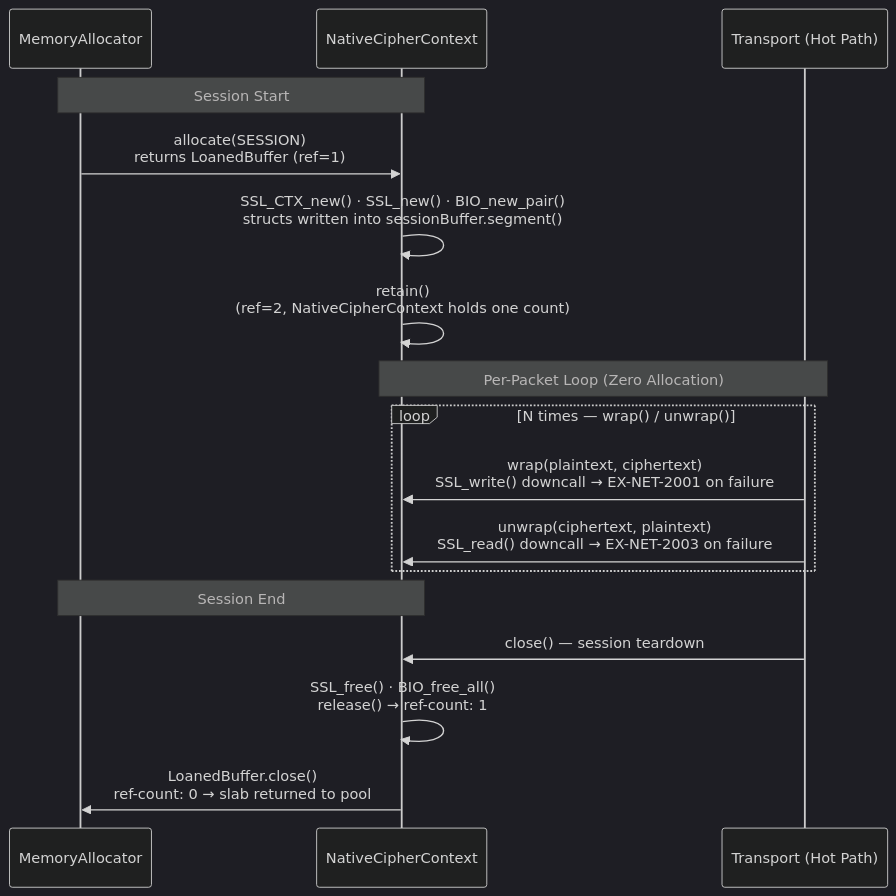
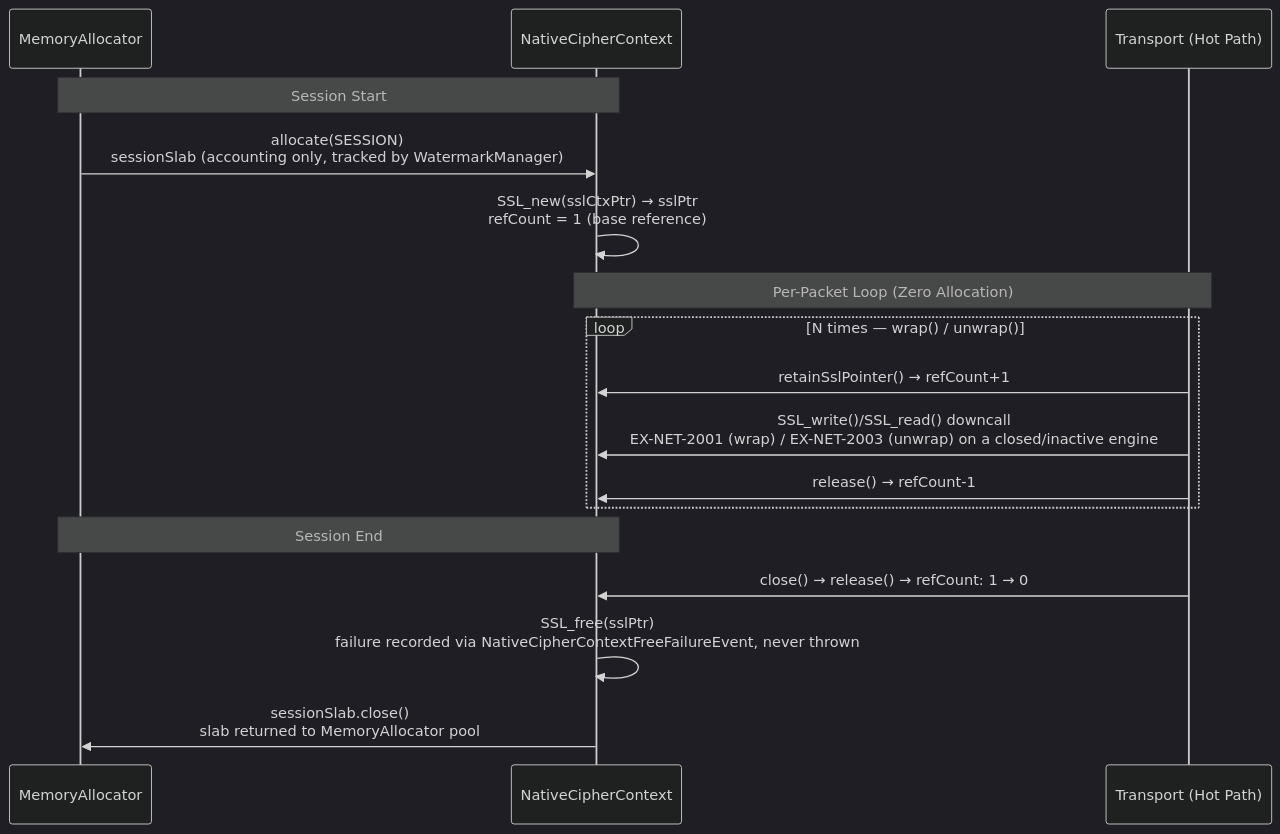
Before and after one commit to exeris-systems/exeris-kernel: the diagram in docs/subsystems/crypto.md, drawn with Mermaid (dark theme). The commit also changed other lines of this file and 43 other files, not shown here.

````diff
--- a/docs/subsystems/crypto.md
+++ b/docs/subsystems/crypto.md
@@ -163,22 +230,22 @@
 ```mermaid
 sequenceDiagram
     participant Alloc as MemoryAllocator
     participant NCC as NativeCipherContext
     participant Trans as Transport (Hot Path)
 
     Note over Alloc,NCC: Session Start
-    Alloc->>NCC: allocate(SESSION)<br/>returns LoanedBuffer (ref=1)
-    NCC->>NCC: SSL_CTX_new() · SSL_new() · BIO_new_pair()<br/>structs written into sessionBuffer.segment()
-    NCC->>NCC: retain()<br/>(ref=2, NativeCipherContext holds one count)
+    Alloc->>NCC: allocate(SESSION)<br/>sessionSlab (accounting only, tracked by WatermarkManager)
+    NCC->>NCC: SSL_new(sslCtxPtr) → sslPtr<br/>refCount = 1 (base reference)
 
     Note over NCC,Trans: Per-Packet Loop (Zero Allocation)
     loop N times — wrap() / unwrap()
-        Trans->>NCC: wrap(plaintext, ciphertext)<br/>SSL_write() downcall → EX-NET-2001 on failure
-        Trans->>NCC: unwrap(ciphertext, plaintext)<br/>SSL_read() downcall → EX-NET-2003 on failure
+        Trans->>NCC: retainSslPointer() → refCount+1
+        Trans->>NCC: SSL_write()/SSL_read() downcall<br/>EX-NET-2001 (wrap) / EX-NET-2003 (unwrap) on a closed/inactive engine
+        Trans->>NCC: release() → refCount-1
     end
 
     Note over Alloc,NCC: Session End
-    Trans->>NCC: close() — session teardown
-    NCC->>NCC: SSL_free() · BIO_free_all()<br/>release() → ref-count: 1
-    NCC->>Alloc: LoanedBuffer.close()<br/>ref-count: 0 → slab returned to pool
+    Trans->>NCC: close() → release() → refCount: 1 → 0
+    NCC->>NCC: SSL_free(sslPtr)<br/>failure recorded via NativeCipherContextFreeFailureEvent, never thrown
+    NCC->>Alloc: sessionSlab.close()<br/>slab returned to MemoryAllocator pool
 ```
````
